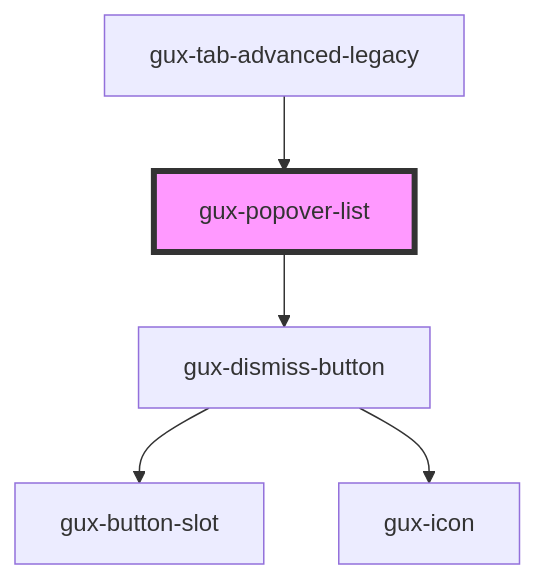
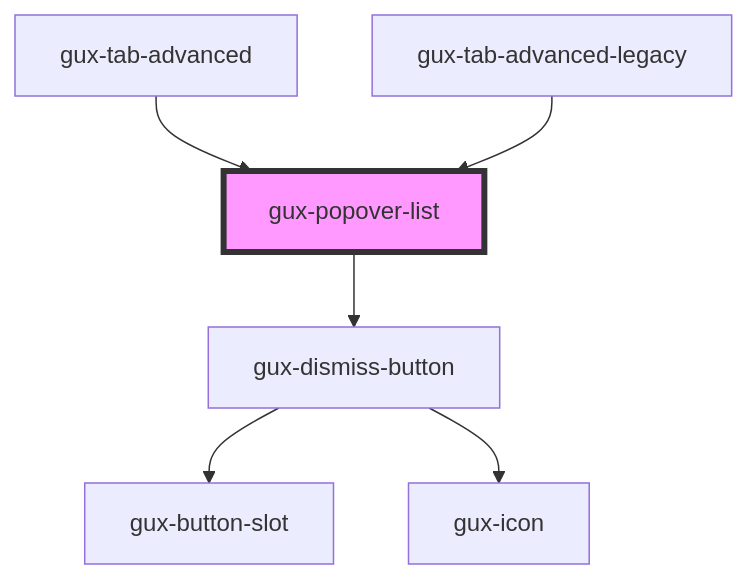
One commit to Pragadeeeshr/genesys-spark changed the diagram in packages/genesys-spark-components/src/components/stable/gux-popover-list/readme.md. Above: the diagram before and after it, drawn with Mermaid. The commit also changed other lines of this file and 13 other files, not shown here.

Commit message:
chore(gux-tabs-advanced): fix merge conflicts

````diff
--- a/packages/genesys-spark-components/src/components/stable/gux-popover-list/readme.md
+++ b/packages/genesys-spark-components/src/components/stable/gux-popover-list/readme.md
@@ -42,8 +43,9 @@
 ```mermaid
 graph TD;
   gux-popover-list --> gux-dismiss-button
   gux-dismiss-button --> gux-button-slot
   gux-dismiss-button --> gux-icon
+  gux-tab-advanced --> gux-popover-list
   gux-tab-advanced-legacy --> gux-popover-list
   style gux-popover-list fill:#f9f,stroke:#333,stroke-width:4px
 ```
````
